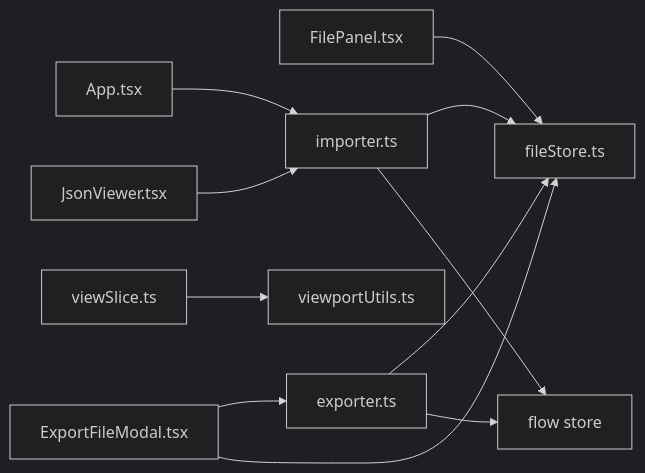
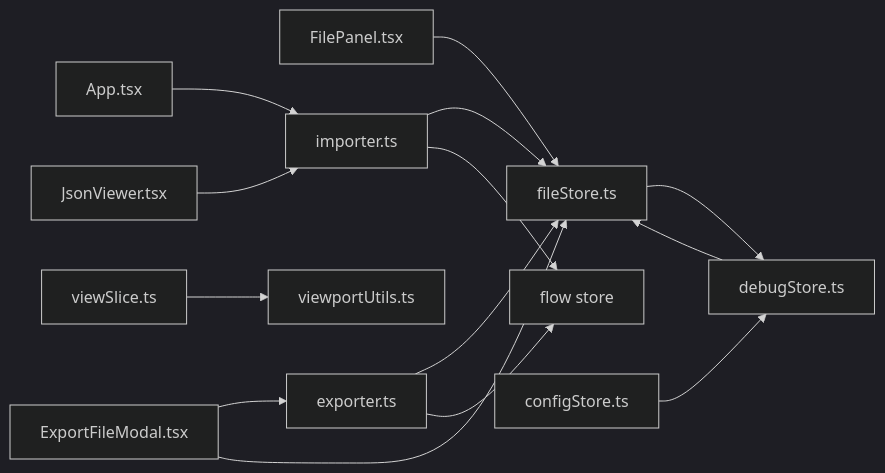
Before and after one commit to kqcoxn/MaaPipelineEditor: the ninth of 9 diagrams in .qoder/repowiki/zh/content/核心概念/文件与视口.md, drawn with Mermaid (dark theme). The commit also changed other lines of this file and 8 other files, not shown here.

````diff
--- a/.qoder/repowiki/zh/content/核心概念/文件与视口.md
+++ b/.qoder/repowiki/zh/content/核心概念/文件与视口.md
@@ -427,13 +515,16 @@
 ```mermaid
 graph LR
 FP["FilePanel.tsx"] --> FS["fileStore.ts"]
 IMP["importer.ts"] --> FS
 IMP --> FL["flow store"]
 EXP["exporter.ts"] --> FS
 EXP --> FL
 VS["viewSlice.ts"] --> FU["viewportUtils.ts"]
 APP["App.tsx"] --> IMP
 JV["JsonViewer.tsx"] --> IMP
 EFM["ExportFileModal.tsx"] --> EXP
 EFM["ExportFileModal.tsx"] --> FS
+DS["debugStore.ts"] --> FS
+CS["configStore.ts"] --> DS
+FS --> DS
 ```
````
